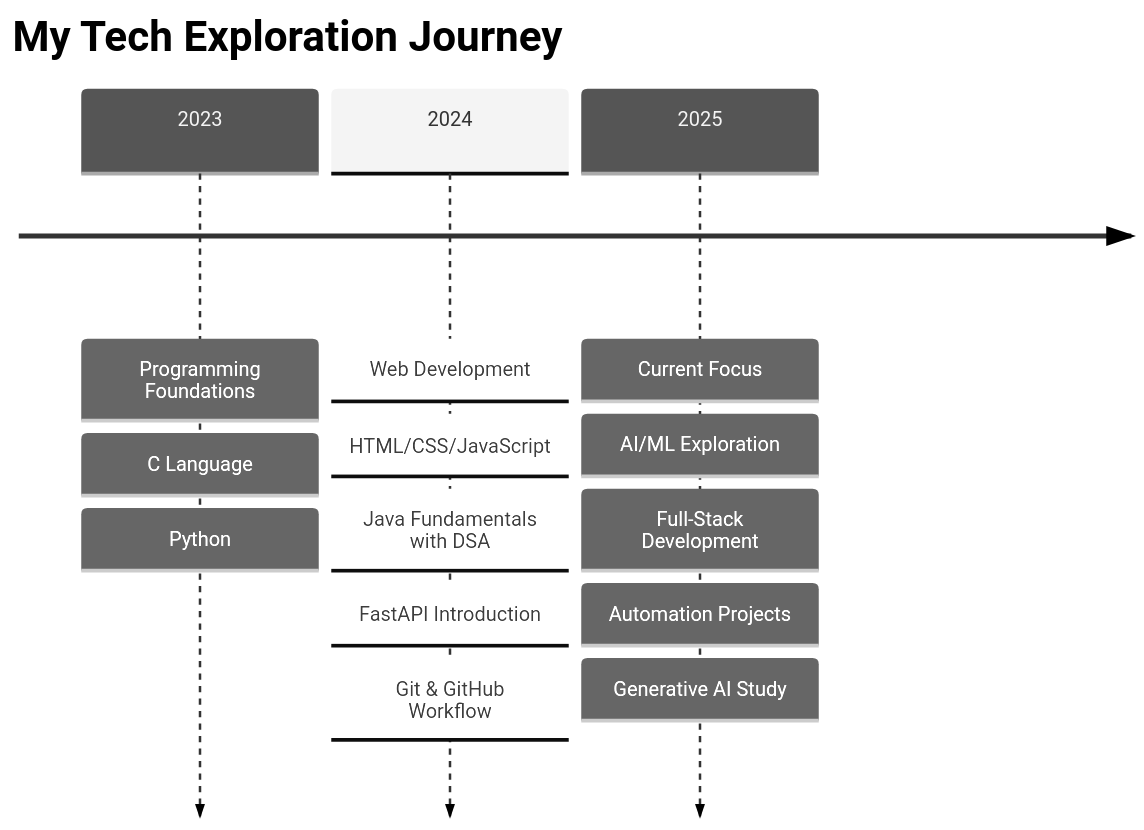
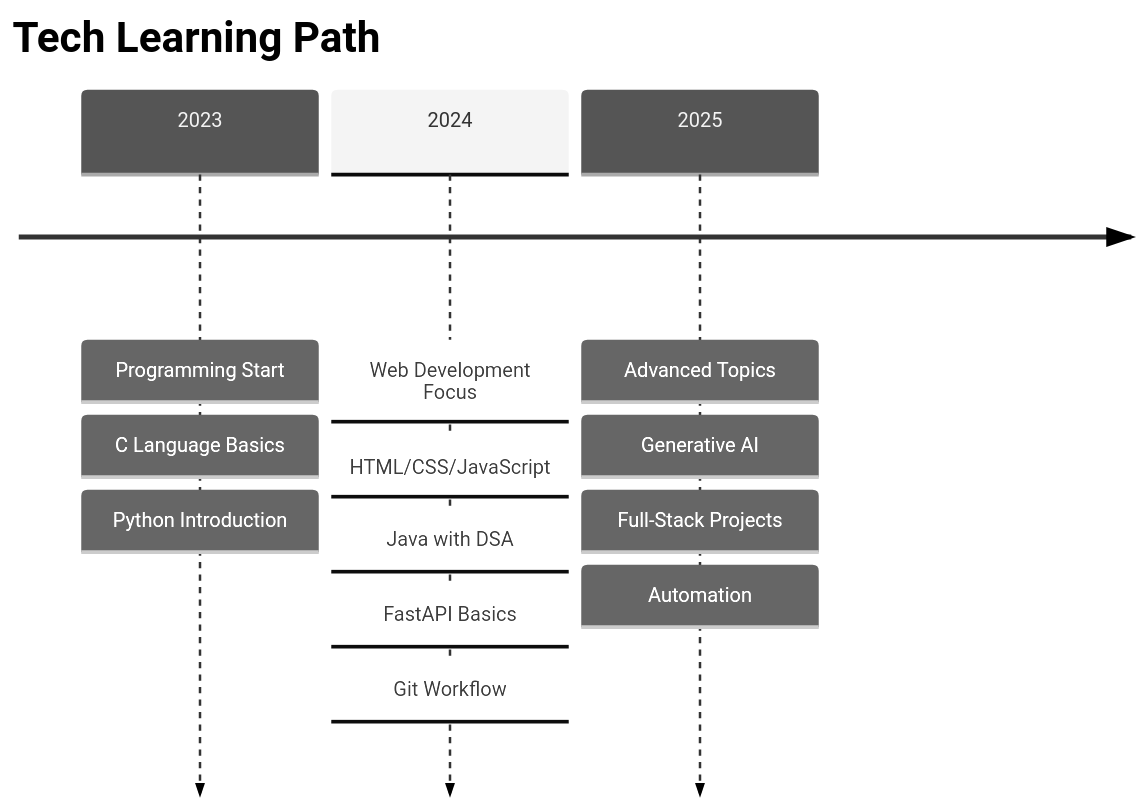
One commit to aditya25shah/aditya25shah changed the second of 4 diagrams in README.md. Above: the diagram before and after it, drawn with Mermaid (neutral theme). The commit also changed other lines of this file, not shown here.

````diff
--- a/README.md
+++ b/README.md
@@ -31,20 +91,19 @@
 ```mermaid
 timeline
-    title My Tech Exploration Journey
+    title Tech Learning Path
     
-    2023 : Programming Foundations
-         : C Language 
-         : Python 
+    2023 : Programming Start
+         : C Language Basics
+         : Python Introduction
     
-    2024 : Web Development
+    2024 : Web Development Focus
          : HTML/CSS/JavaScript
-         : Java Fundamentals with DSA
-         : FastAPI Introduction
-         : Git & GitHub Workflow
+         : Java with DSA
+         : FastAPI Basics
+         : Git Workflow
     
-    2025 : Current Focus
-         : AI/ML Exploration
-         : Full-Stack Development
-         : Automation Projects
-         : Generative AI Study
+    2025 : Advanced Topics
+         : Generative AI
+         : Full-Stack Projects
+         : Automation
 ```
````
